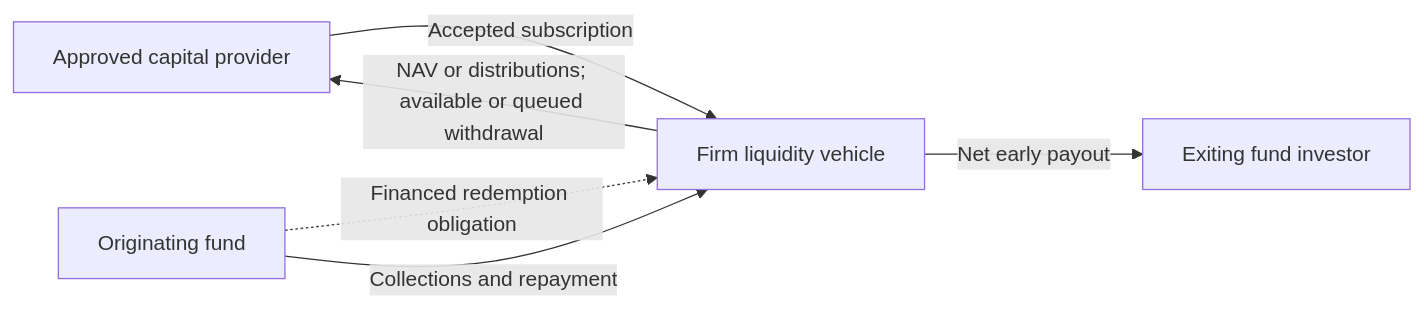
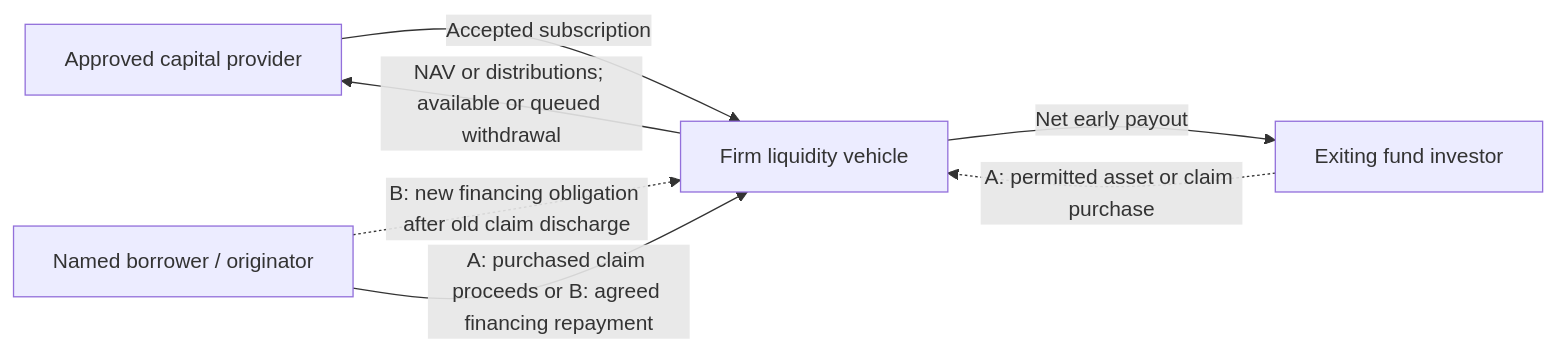
The first of 2 diagrams in app/docs/product-blueprint/README.md (gabrielantonyxaviour/lockgate-open-house), drawn with Mermaid before and after one commit. The commit also changed other lines of this file and 26 other files, not shown here.

````diff
--- a/app/docs/product-blueprint/README.md
+++ b/app/docs/product-blueprint/README.md
@@ -62,8 +68,9 @@
 ```mermaid
 flowchart LR
   P[Approved capital provider] -->|Accepted subscription| V[Firm liquidity vehicle]
   V -->|Net early payout| I[Exiting fund investor]
-  O[Originating fund] -.->|Financed redemption obligation| V
-  O -->|Collections and repayment| V
+  I -.->|A: permitted asset or claim purchase| V
+  O[Named borrower / originator] -.->|B: new financing obligation after old claim discharge| V
+  O -->|A: purchased claim proceeds or B: agreed financing repayment| V
   V -->|NAV or distributions; available or queued withdrawal| P
 ```
````
